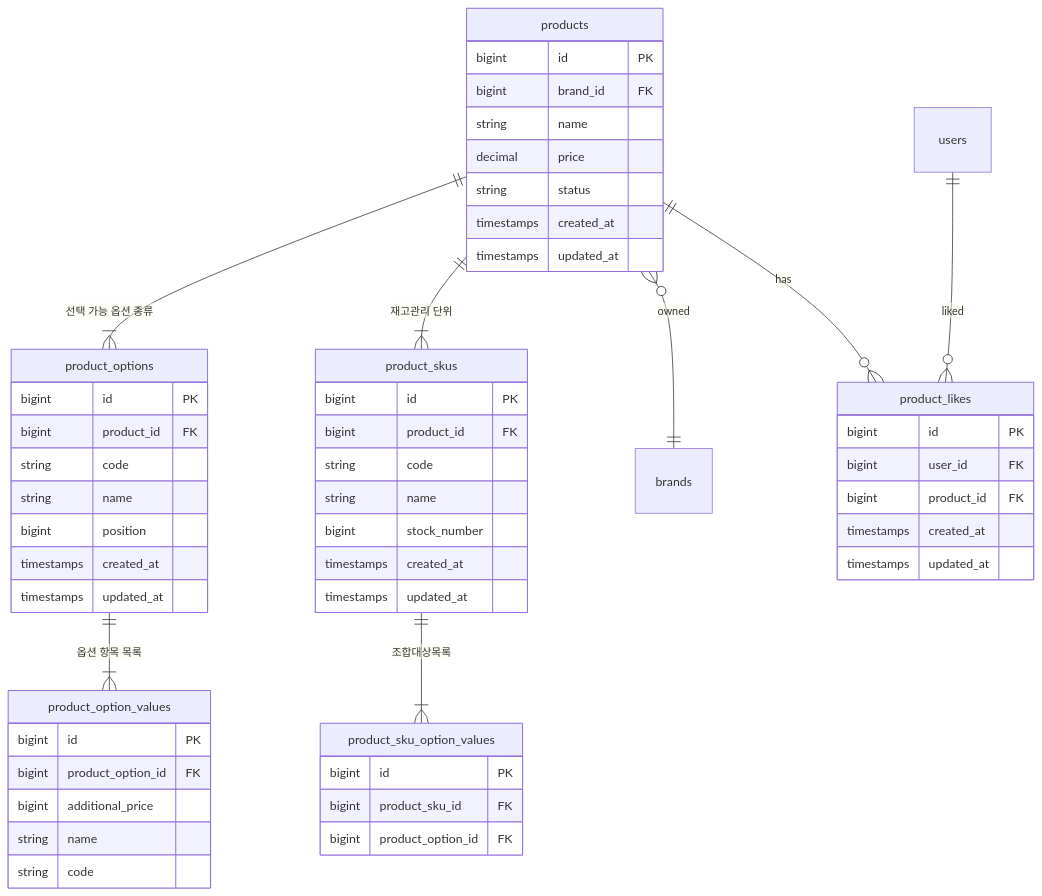
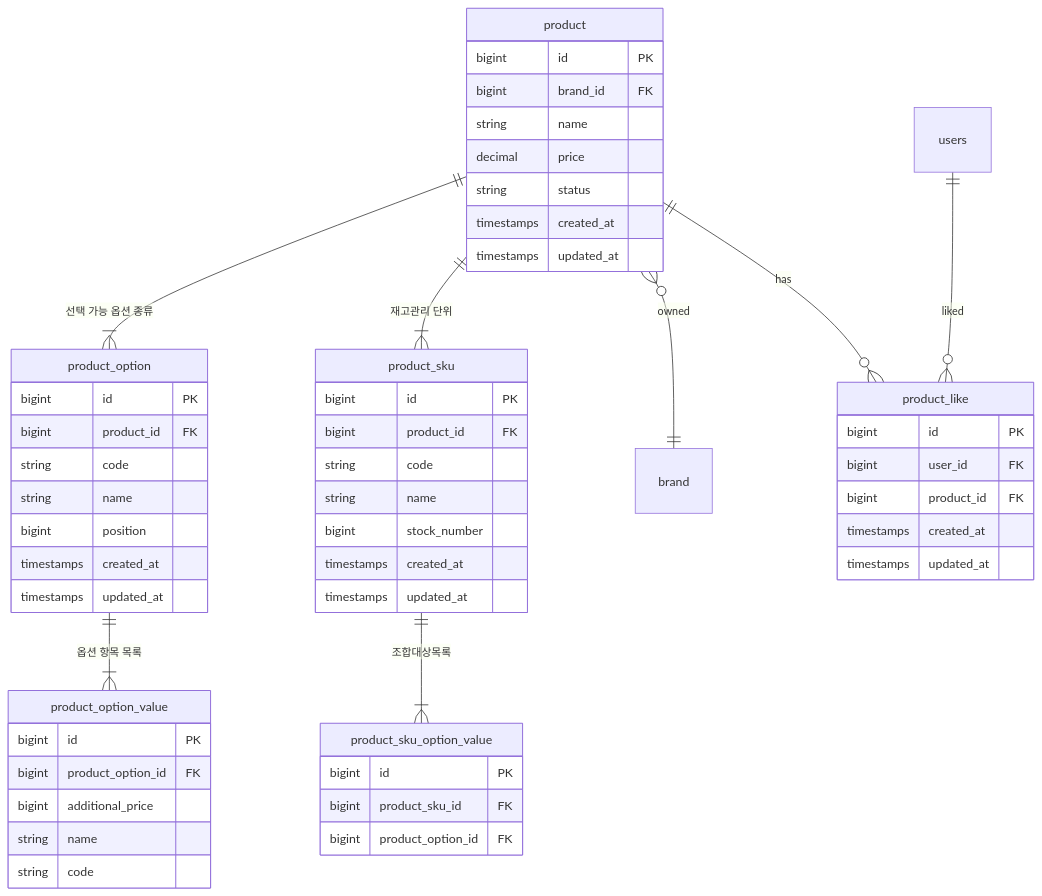
The third of 6 diagrams in docs/04-erd.md (jsween5723/loopers-spring-kotlin-template), drawn with Mermaid before and after one commit. The commit also changed other lines of this file and 3 other files, not shown here.

````diff
--- a/docs/04-erd.md
+++ b/docs/04-erd.md
@@ -74,65 +74,65 @@
 ```mermaid
 erDiagram        
     
     %% 상품
-    products {
+    product {
         bigint id PK
         bigint brand_id FK
         string name
         decimal price
         string status
         timestamps created_at
         timestamps updated_at
     }
     
-    product_skus {
+    product_sku {
         bigint id PK
         bigint product_id FK
         string code
         string name
         bigint stock_number
         timestamps created_at
         timestamps updated_at
     }
     
-    product_sku_option_values {
+    product_sku_option_value {
         bigint id PK
         bigint product_sku_id FK
         bigint product_option_id FK
     }
     
-    product_options {
+    product_option {
         bigint id PK
         bigint product_id FK
         string code
         string name
         bigint position
         timestamps created_at
         timestamps updated_at
     }
     
-    product_option_values {
+    product_option_value {
         bigint id PK
         bigint product_option_id FK
         bigint additional_price
         string name
         string code
     }
     
-    product_likes {
+    product_like {
         bigint id PK
         bigint user_id FK
         bigint product_id FK
         timestamps created_at
         timestamps updated_at
     }
 
 
-    users ||--o{ product_likes: liked
-    products ||--o{ product_likes: has
-    products }o--|| brands: owned
-    products ||--|{ product_skus: "재고관리 단위"
-    product_skus ||--|{ product_sku_option_values: "조합대상목록"
-    products ||--|{ product_options: "선택 가능 옵션 종류"
-    product_options ||--|{ product_option_values: "옵션 항목 목록"
+    users ||--o{ product_like: liked
+    product ||--o{ product_like: has
+    product }o--|| brand: owned
+    product ||--|{ product_sku: "재고관리 단위"
+    product_sku ||--|{ product_sku_option_value: "조합대상목록"
+    product ||--|{ product_option: "선택 가능 옵션 종류"
+    product_option ||--|{ product_option_value: "옵션 항목 목록"
 ```
````
